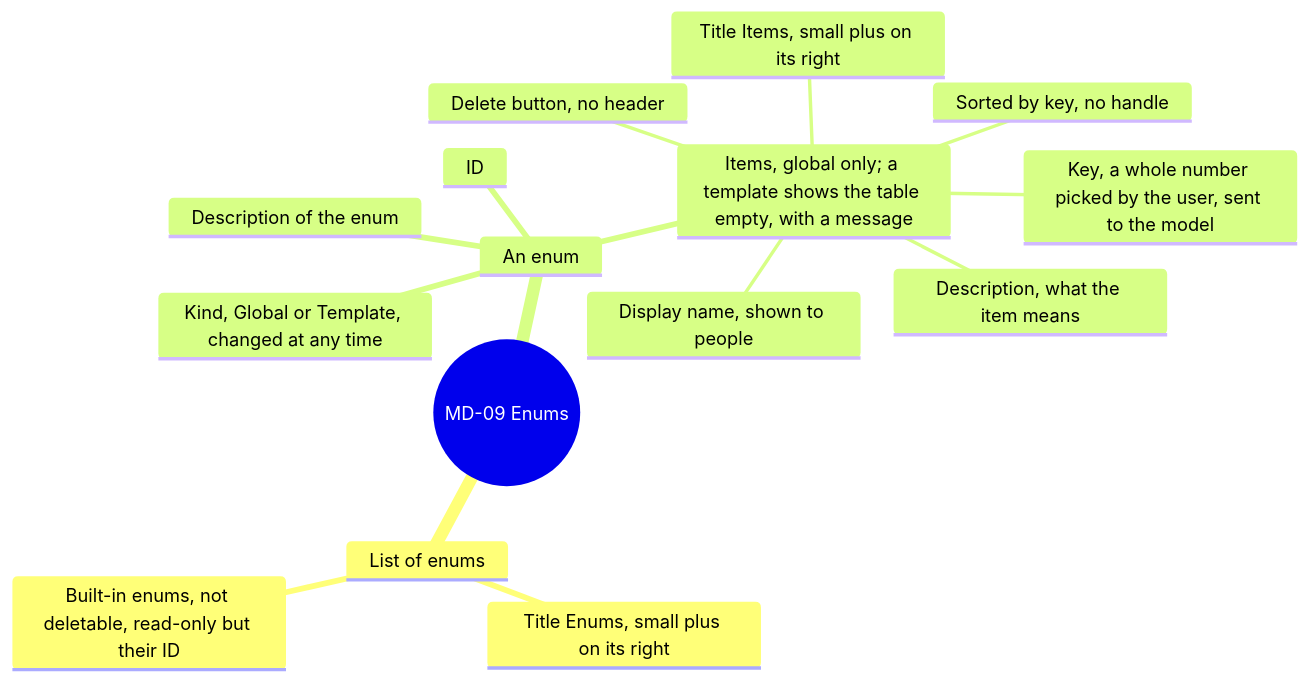
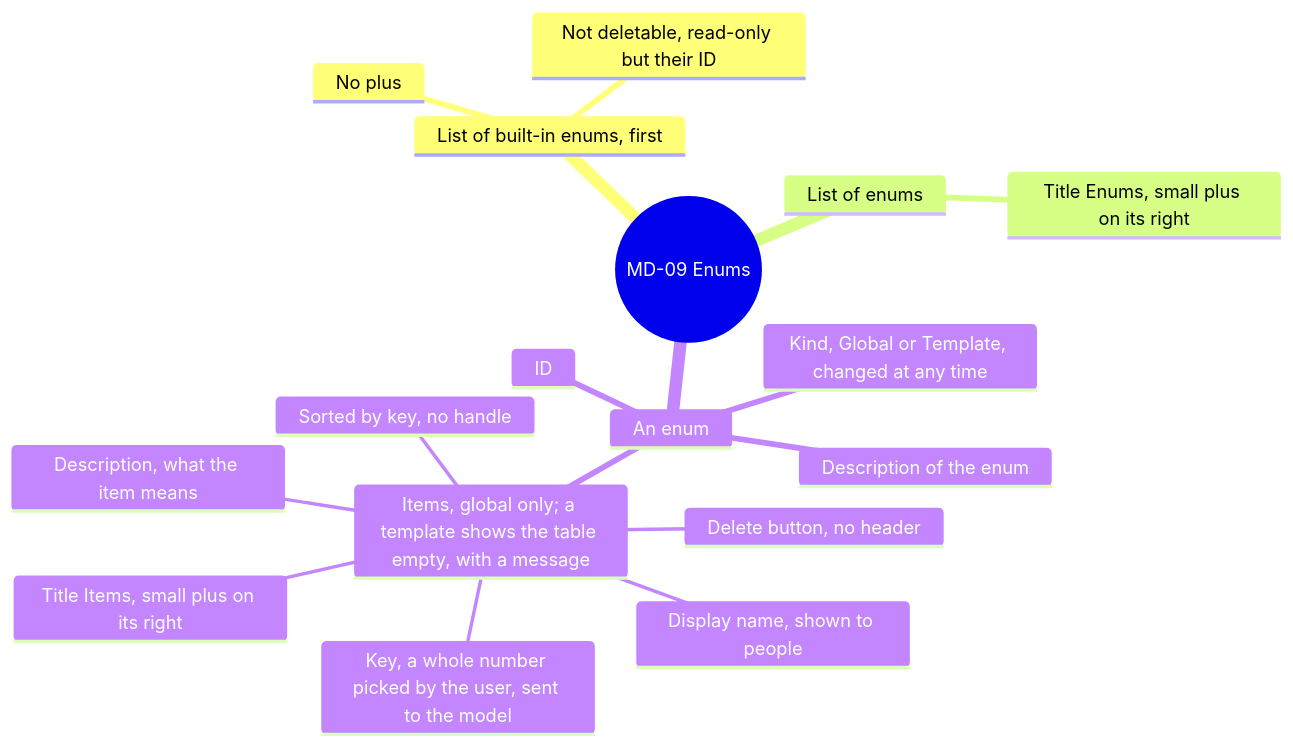
One commit to AlexandreGallais/synoptic-studio-spec changed diagram 15 of 16 in screens/metadata.md. Above: the diagram before and after it, drawn with Mermaid. The commit also changed other lines of this file and 5 other files, not shown here.

First line of the commit message:
docs(pipes): move moving dashes to pipe styles and list built-in enums first

````diff
--- a/screens/metadata.md
+++ b/screens/metadata.md
@@ -517,18 +517,20 @@
 ```mermaid
 mindmap
   root((MD-09 Enums))
+    List of built-in enums, first
+      No plus
+      Not deletable, read-only but their ID
     List of enums
       Title Enums, small plus on its right
-      Built-in enums, not deletable, read-only but their ID
     An enum
       ID
       Kind, Global or Template, changed at any time
       Description of the enum
       Items, global only; a template shows the table empty, with a message
         Title Items, small plus on its right
         Key, a whole number picked by the user, sent to the model
         Display name, shown to people
         Description, what the item means
         Delete button, no header
         Sorted by key, no handle
 ```
````
